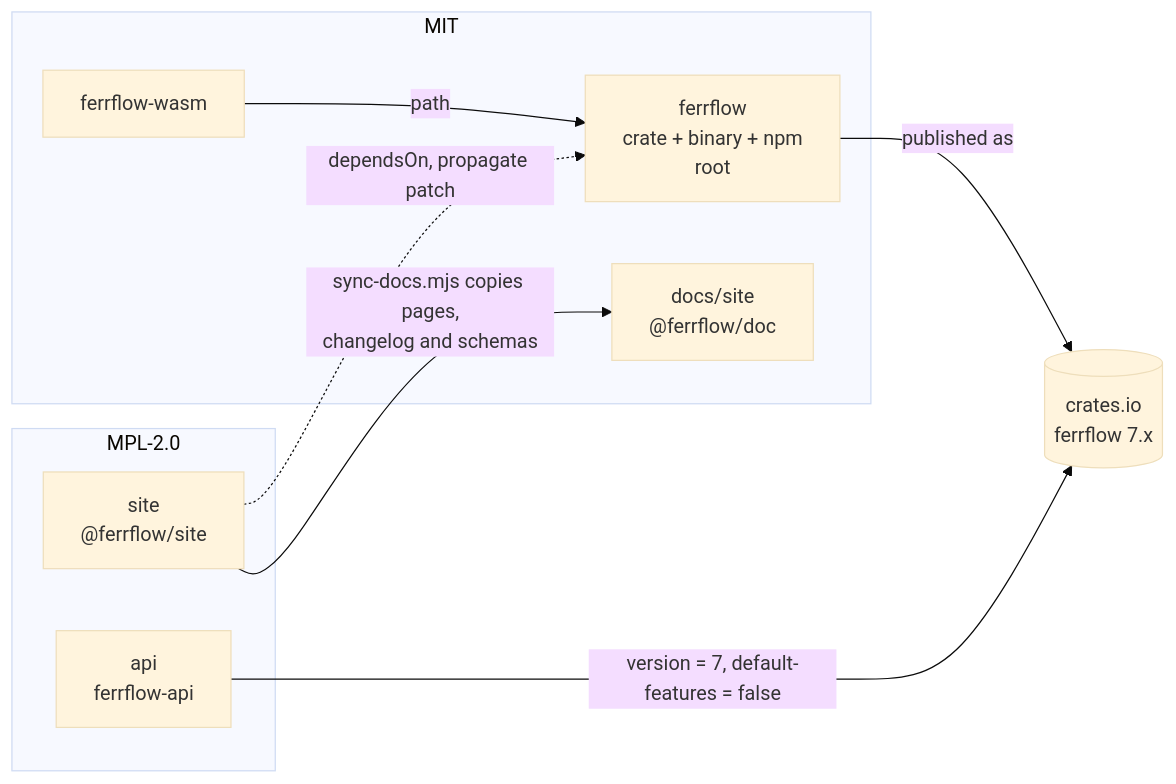
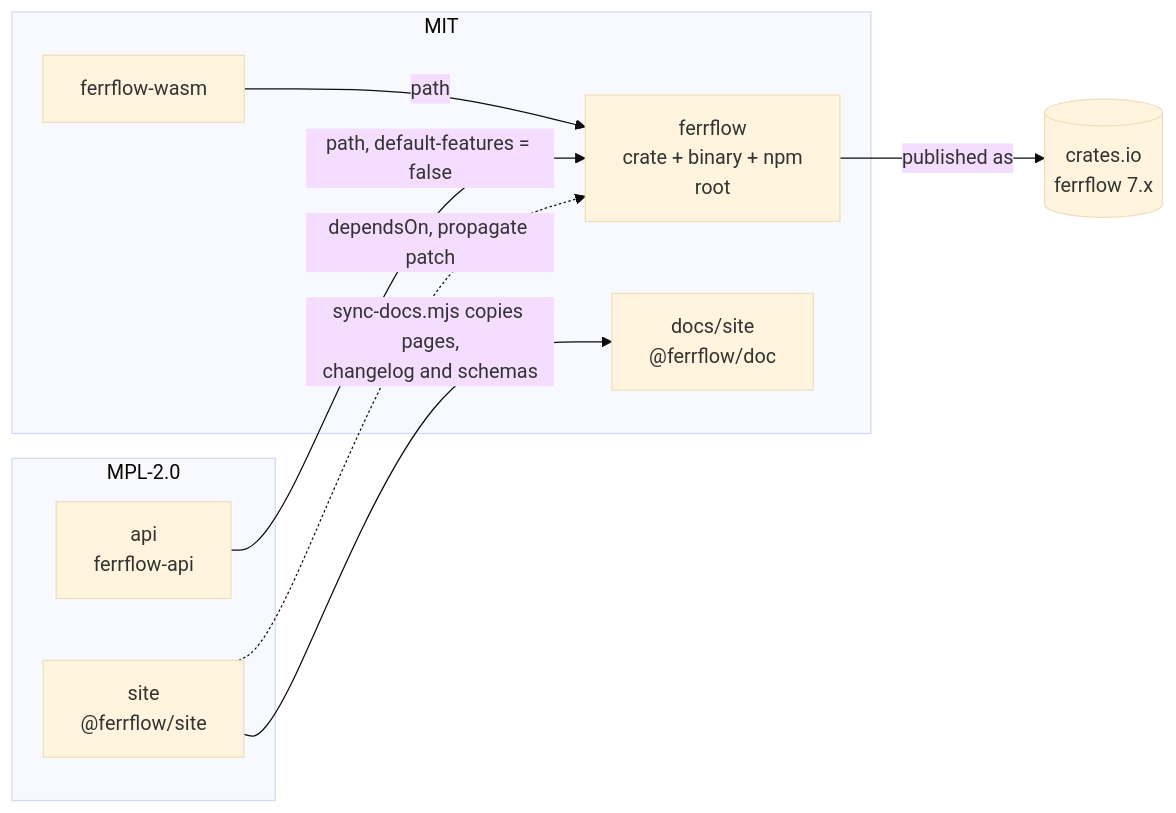
The first of 2 diagrams in docs/diagrams/monorepo.md (FerrLabs/FerrFlow), drawn with Mermaid (base theme) before and after one commit. The commit also changed other lines of this file and 1 other file, not shown here.

Commit message:
docs(architecture): describe docker.yml and the site and api image builds

````diff
--- a/docs/diagrams/monorepo.md
+++ b/docs/diagrams/monorepo.md
@@ -8,19 +8,19 @@
 ```mermaid
 flowchart LR
     subgraph MIT["MIT"]
         CLI["ferrflow<br/>crate + binary + npm<br/>root"]
         WASM["ferrflow-wasm"]
         DOCS["docs/site<br/>@ferrflow/doc"]
     end
     subgraph MPL["MPL-2.0"]
         API["api<br/>ferrflow-api"]
         SITE["site<br/>@ferrflow/site"]
     end
     CRATES[("crates.io<br/>ferrflow 7.x")]
 
     WASM -->|path| CLI
     CLI -->|published as| CRATES
-    API -->|"version = 7, default-features = false"| CRATES
+    API -->|"path, default-features = false"| CLI
     SITE -->|"sync-docs.mjs copies pages,<br/>changelog and schemas"| DOCS
     SITE -.->|"dependsOn, propagate patch"| CLI
 ```
````
